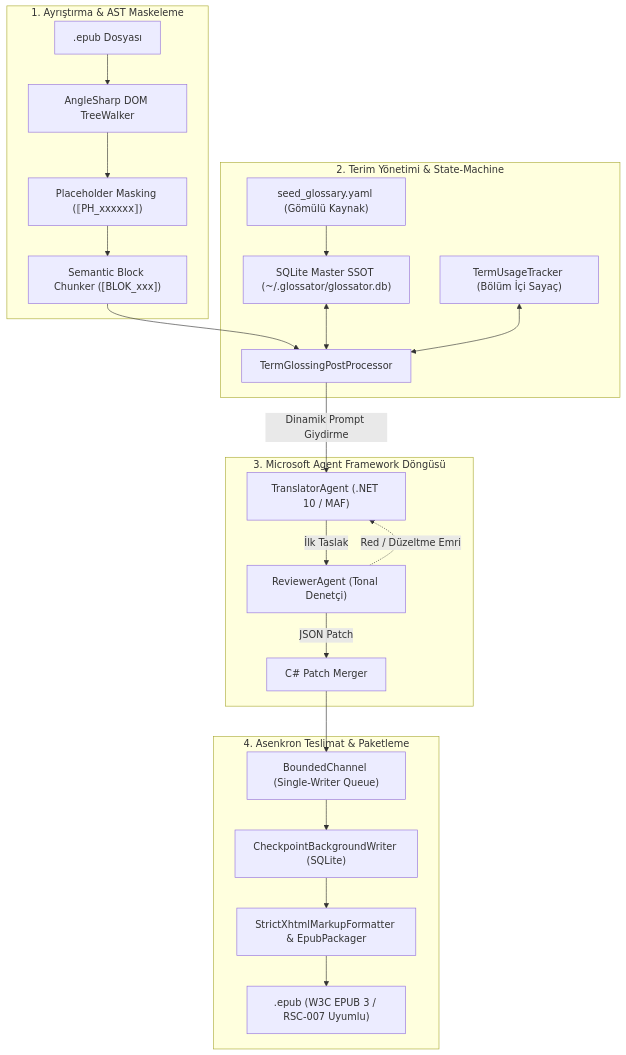
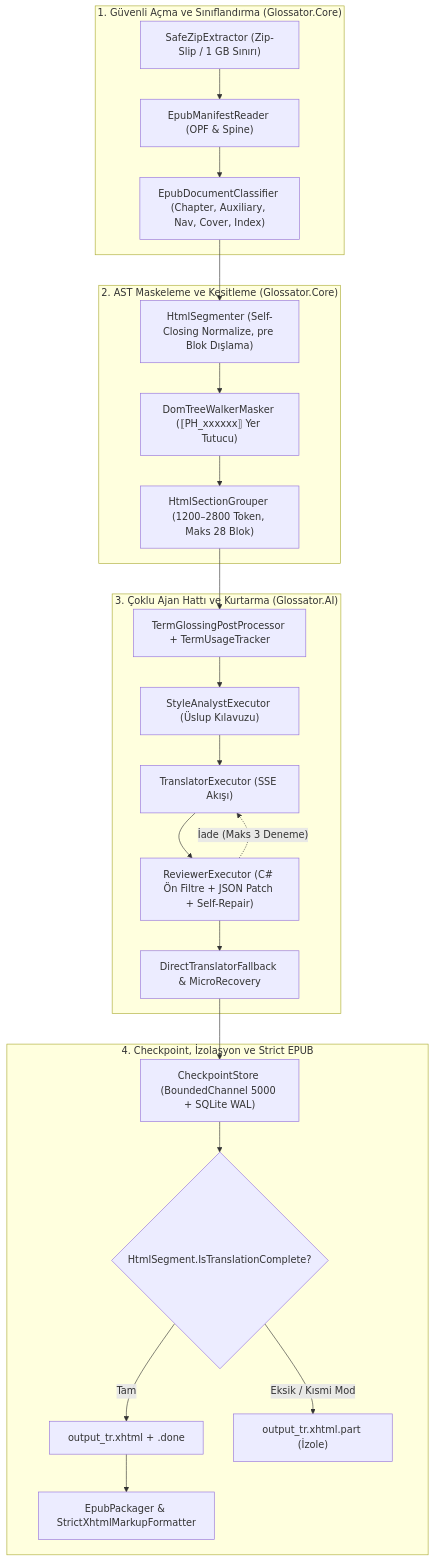
The diagram in README.md (chela98/Glossator), drawn with Mermaid before and after one commit. The commit also changed other lines of this file and 122 other files, not shown here.

````diff
--- a/README.md
+++ b/README.md
@@ -53,30 +28,30 @@
 ```mermaid
 flowchart TD
-    subgraph Ingestion["1. Ayrıştırma & AST Maskeleme"]
-        Epub[".epub Dosyası"] --> Parser["AngleSharp DOM TreeWalker"]
-        Parser --> Masker["Placeholder Masking (⟦PH_xxxxxx⟧)"]
-        Masker --> Chunker["Semantic Block Chunker ([BLOK_xxx])"]
+    subgraph S1["1. Güvenli Açma ve Sınıflandırma (Glossator.Core)"]
+        Zip["SafeZipExtractor (Zip-Slip / 1 GB Sınırı)"] --> OPF["EpubManifestReader (OPF & Spine)"]
+        OPF --> Cls["EpubDocumentClassifier (Chapter, Auxiliary, Nav, Cover, Index)"]
     end
 
-    subgraph Governance["2. Terim Yönetimi & State-Machine"]
-        Sqlite["SQLite Master SSOT (~/.glossator/glossator.db)"]
-        Seed["seed_glossary.yaml (Gömülü Kaynak)"] --> Sqlite
-        Chunker --> PreProcessor["TermGlossingPostProcessor"]
-        Sqlite <--> PreProcessor
-        Tracker["TermUsageTracker (Bölüm İçi Sayaç)"] <--> PreProcessor
+    subgraph S2["2. AST Maskeleme ve Kesitleme (Glossator.Core)"]
+        Cls --> Seg["HtmlSegmenter (Self-Closing Normalize, pre Blok Dışlama)"]
+        Seg --> Mask["DomTreeWalkerMasker (⟦PH_xxxxxx⟧ Yer Tutucu)"]
+        Mask --> Grp["HtmlSectionGrouper (1200–2800 Token, Maks 28 Blok)"]
     end
 
-    subgraph AgenticLoop["3. Microsoft Agent Framework Döngüsü"]
-        PreProcessor --> |"Dinamik Prompt Giydirme"| Translator["TranslatorAgent (.NET 10 / MAF)"]
-        Translator --> |"İlk Taslak"| Reviewer["ReviewerAgent (Tonal Denetçi)"]
-        Reviewer --> |"JSON Patch"| PatchEngine["C# Patch Merger"]
-        Reviewer -.-> |"Red / Düzeltme Emri"| Translator
+    subgraph S3["3. Çoklu Ajan Hattı ve Kurtarma (Glossator.AI)"]
+        Grp --> Pre["TermGlossingPostProcessor + TermUsageTracker"]
+        Pre --> Style["StyleAnalystExecutor (Üslup Kılavuzu)"]
+        Style --> Trans["TranslatorExecutor (SSE Akışı)"]
+        Trans --> Rev["ReviewerExecutor (C# Ön Filtre + JSON Patch + Self-Repair)"]
+        Rev -.->|"İade (Maks 3 Deneme)"| Trans
+        Rev --> Rec["DirectTranslatorFallback & MicroRecovery"]
     end
 
-    subgraph Persistence["4. Asenkron Teslimat & Paketleme"]
-        PatchEngine --> Channel["BoundedChannel (Single-Writer Queue)"]
-        Channel --> BgWriter["CheckpointBackgroundWriter (SQLite)"]
-        BgWriter --> StrictPackager["StrictXhtmlMarkupFormatter & EpubPackager"]
-        StrictPackager --> Output[".epub (W3C EPUB 3 / RSC-007 Uyumlu)"]
+    subgraph S4["4. Checkpoint, İzolasyon ve Strict EPUB"]
+        Rec --> Chk["CheckpointStore (BoundedChannel 5000 + SQLite WAL)"]
+        Chk --> DoneCheck{"HtmlSegment.IsTranslationComplete?"}
+        DoneCheck -->|"Tam"| Done["output_tr.xhtml + .done"]
+        DoneCheck -->|"Eksik / Kısmi Mod"| Part["output_tr.xhtml.part (İzole)"]
+        Done --> Pack["EpubPackager & StrictXhtmlMarkupFormatter"]
     end
 ```
````
